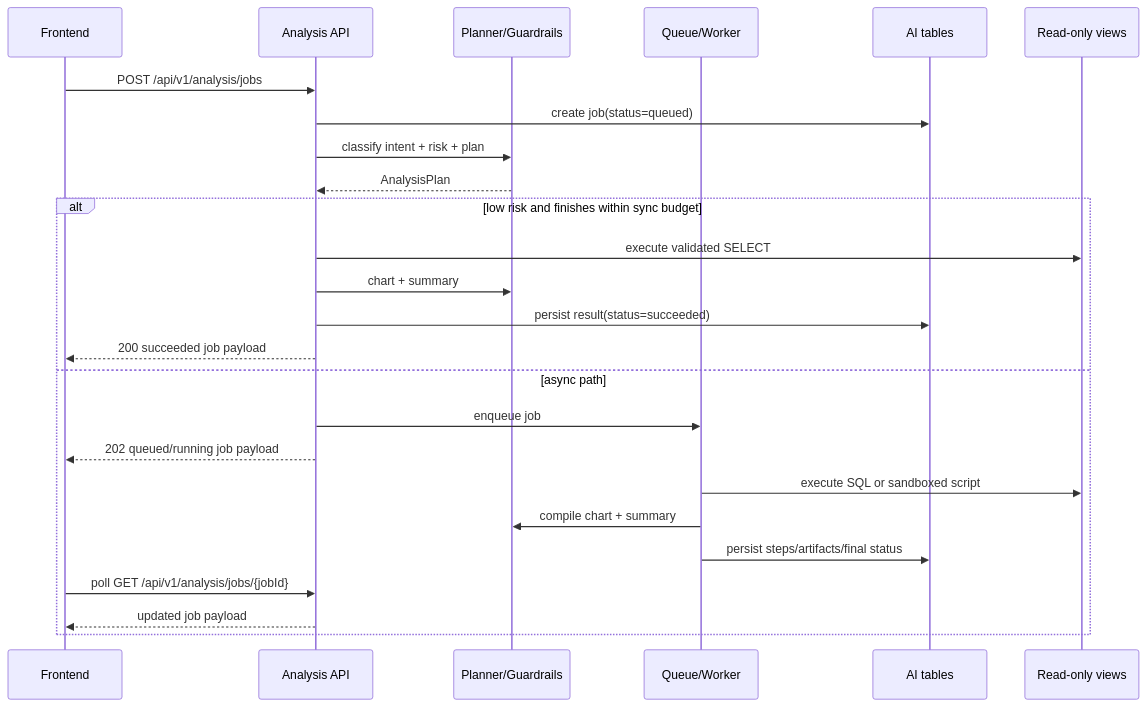
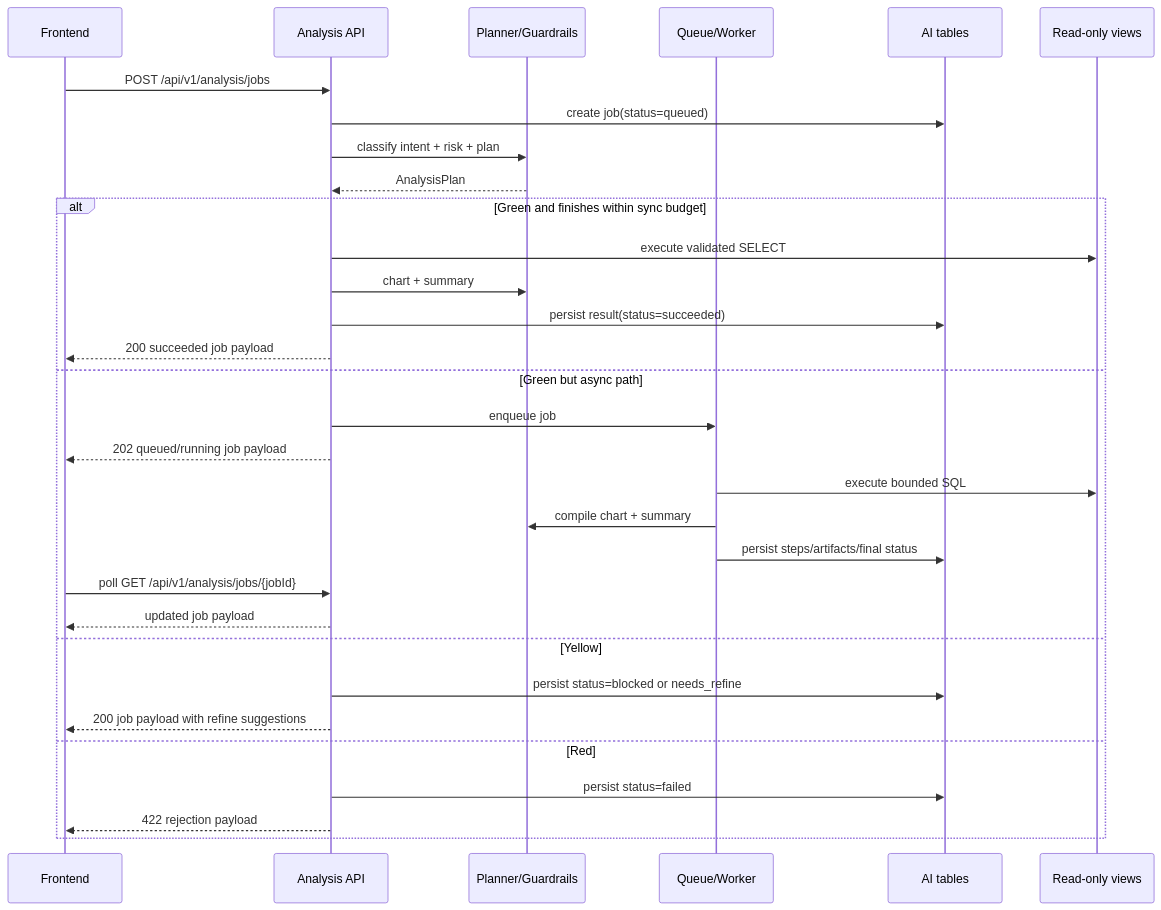
Before and after one commit to hshgogogo/SugarBoard: the fifth of 6 diagrams in architecture.md, drawn with Mermaid. The commit also changed other lines of this file and 1 other file, not shown here.

Commit message:
Align SSBoard architecture contract with finalized spec

````diff
--- a/architecture.md
+++ b/architecture.md
@@ -246,27 +249,33 @@
 ```mermaid
 sequenceDiagram
     participant FE as Frontend
     participant API as Analysis API
     participant AI as Planner/Guardrails
     participant Q as Queue/Worker
     participant DB as AI tables
     participant RO as Read-only views
     FE->>API: POST /api/v1/analysis/jobs
     API->>DB: create job(status=queued)
     API->>AI: classify intent + risk + plan
     AI-->>API: AnalysisPlan
-    alt low risk and finishes within sync budget
+    alt Green and finishes within sync budget
         API->>RO: execute validated SELECT
         API->>AI: chart + summary
         API->>DB: persist result(status=succeeded)
         API-->>FE: 200 succeeded job payload
-    else async path
+    else Green but async path
         API->>Q: enqueue job
         API-->>FE: 202 queued/running job payload
-        Q->>RO: execute SQL or sandboxed script
+        Q->>RO: execute bounded SQL
         Q->>AI: compile chart + summary
         Q->>DB: persist steps/artifacts/final status
         FE->>API: poll GET /api/v1/analysis/jobs/{jobId}
         API-->>FE: updated job payload
+    else Yellow
+        API->>DB: persist status=blocked or needs_refine
+        API-->>FE: 200 job payload with refine suggestions
+    else Red
+        API->>DB: persist status=failed
+        API-->>FE: 422 rejection payload
     end
 ```
````
